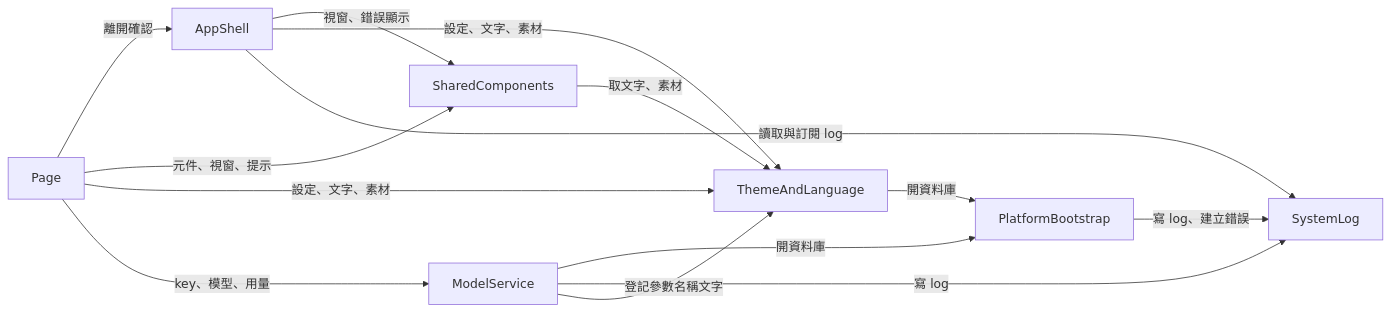
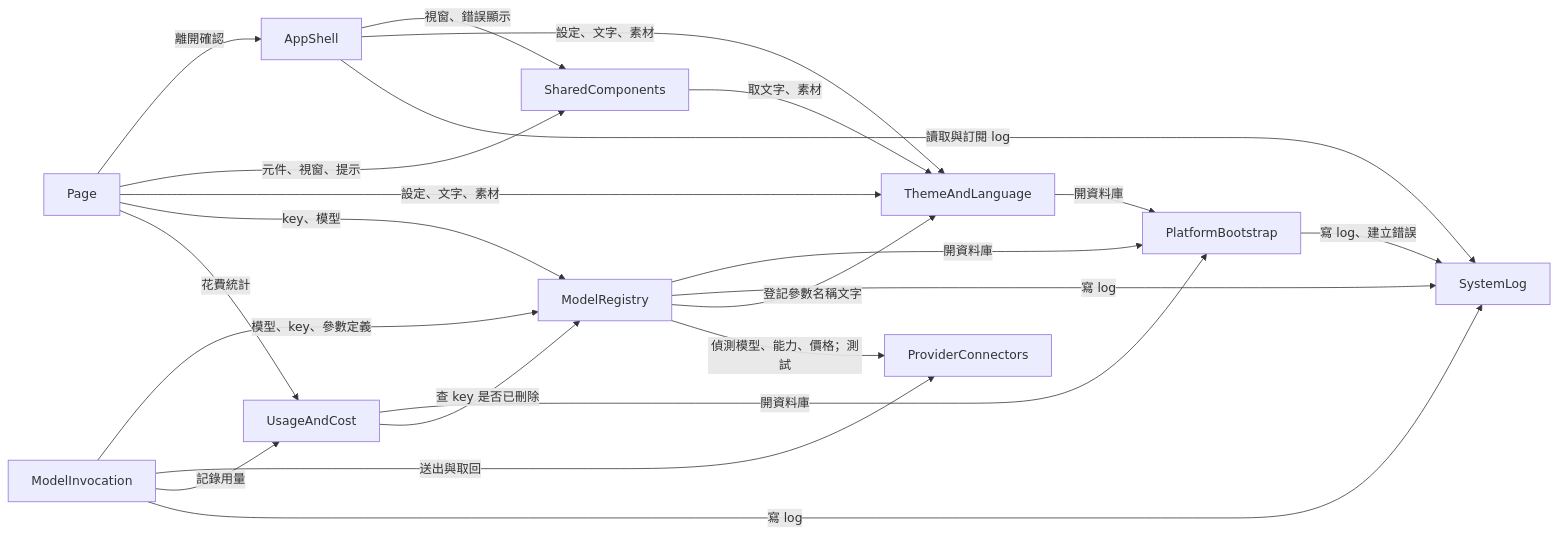
One commit to wayyneee/AI-platform changed the diagram in docs/modules/PlatformInfrastructure/spec.md. Above: the diagram before and after it, drawn with Mermaid. The commit also changed other lines of this file and 8 other files, not shown here.

First line of the commit message:
PlatformInfrastructure：補上模型能力、工具、圖片與 PDF、網頁搜尋、思考的傳輸，ModelService 切成四個小模組

````diff
--- a/docs/modules/PlatformInfrastructure/spec.md
+++ b/docs/modules/PlatformInfrastructure/spec.md
@@ -142,16 +179,24 @@
 ```mermaid
 graph LR
   PlatformBootstrap -->|寫 log、建立錯誤| SystemLog
   ThemeAndLanguage -->|開資料庫| PlatformBootstrap
-  ModelService -->|開資料庫| PlatformBootstrap
-  ModelService -->|寫 log| SystemLog
-  ModelService -->|登記參數名稱文字| ThemeAndLanguage
+  ModelRegistry -->|開資料庫| PlatformBootstrap
+  ModelRegistry -->|寫 log| SystemLog
+  ModelRegistry -->|登記參數名稱文字| ThemeAndLanguage
+  ModelRegistry -->|偵測模型、能力、價格；測試| ProviderConnectors
+  UsageAndCost -->|開資料庫| PlatformBootstrap
+  UsageAndCost -->|查 key 是否已刪除| ModelRegistry
+  ModelInvocation -->|模型、key、參數定義| ModelRegistry
+  ModelInvocation -->|送出與取回| ProviderConnectors
+  ModelInvocation -->|記錄用量| UsageAndCost
+  ModelInvocation -->|寫 log| SystemLog
   SharedComponents -->|取文字、素材| ThemeAndLanguage
   AppShell -->|視窗、錯誤顯示| SharedComponents
   AppShell -->|設定、文字、素材| ThemeAndLanguage
   AppShell -->|讀取與訂閱 log| SystemLog
   Page -->|離開確認| AppShell
   Page -->|元件、視窗、提示| SharedComponents
   Page -->|設定、文字、素材| ThemeAndLanguage
-  Page -->|key、模型、用量| ModelService
+  Page -->|key、模型| ModelRegistry
+  Page -->|花費統計| UsageAndCost
 ```
````
